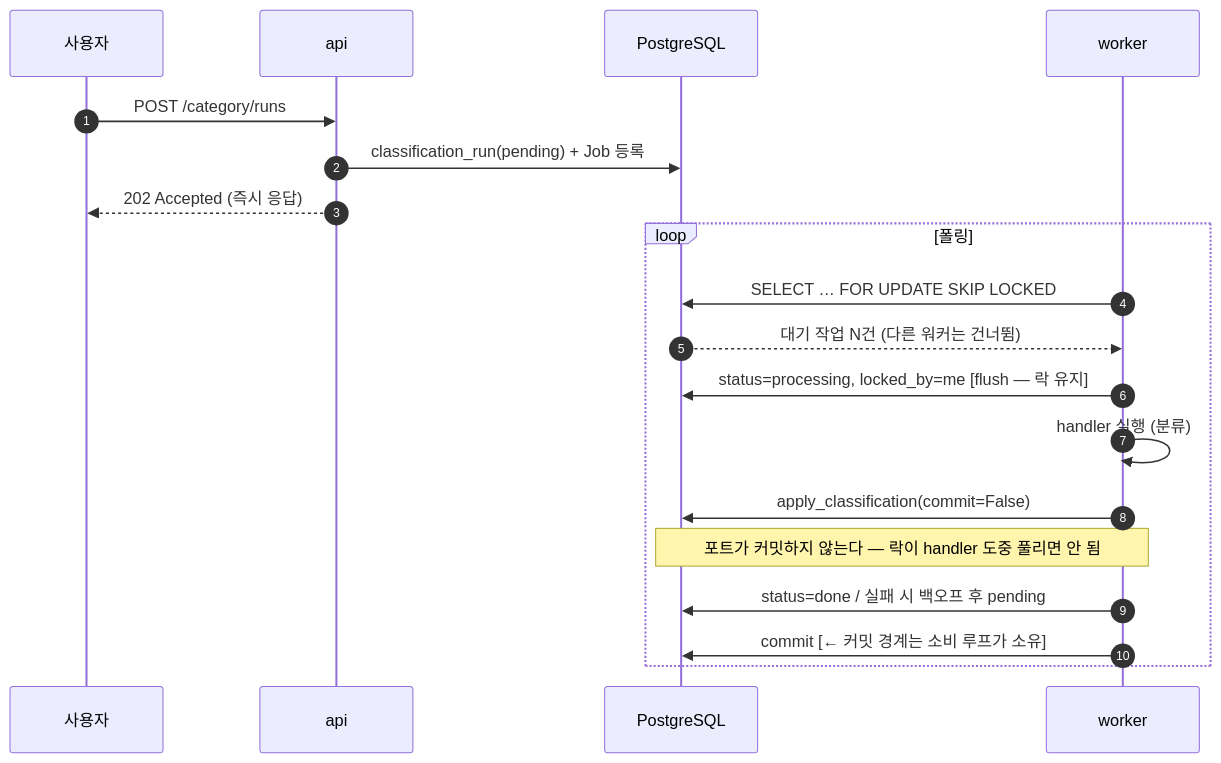
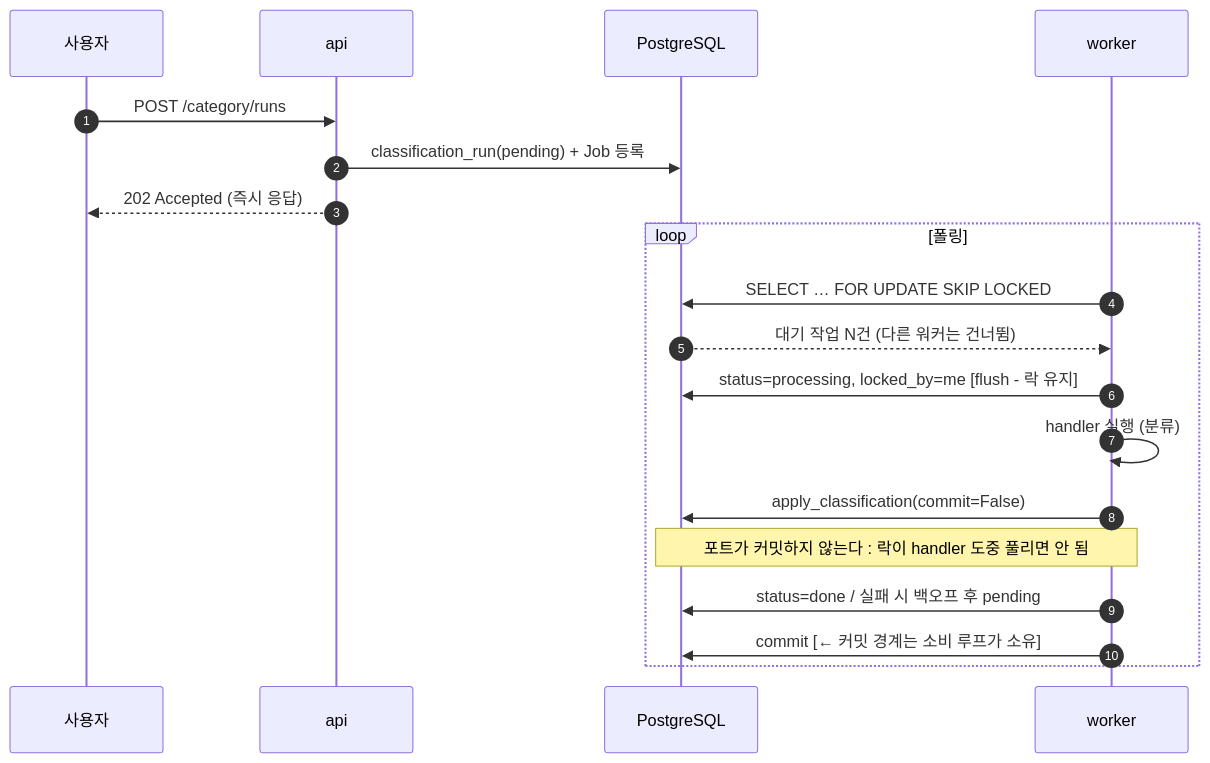
Before and after one commit to jiyean99/jiyean99: the third of 4 diagrams in docs/case-studies/plyn.md, drawn with Mermaid. The commit also changed other lines of this file and 16 other files, not shown here.

````diff
--- a/docs/case-studies/plyn.md
+++ b/docs/case-studies/plyn.md
@@ -693,23 +693,23 @@
 ```mermaid
 sequenceDiagram
   autonumber
   participant U as 사용자
   participant A as api
   participant DB as PostgreSQL
   participant W as worker
 
   U->>A: POST /category/runs
   A->>DB: classification_run(pending) + Job 등록
   A-->>U: 202 Accepted (즉시 응답)
 
   loop 폴링
     W->>DB: SELECT … FOR UPDATE SKIP LOCKED
     DB-->>W: 대기 작업 N건 (다른 워커는 건너뜀)
-    W->>DB: status=processing, locked_by=me  [flush — 락 유지]
+    W->>DB: status=processing, locked_by=me  [flush - 락 유지]
     W->>W: handler 실행 (분류)
     W->>DB: apply_classification(commit=False)
-    Note over W,DB: 포트가 커밋하지 않는다 — 락이 handler 도중 풀리면 안 됨
+    Note over W,DB: 포트가 커밋하지 않는다 : 락이 handler 도중 풀리면 안 됨
     W->>DB: status=done / 실패 시 백오프 후 pending
     W->>DB: commit  [← 커밋 경계는 소비 루프가 소유]
   end
 ```
````
